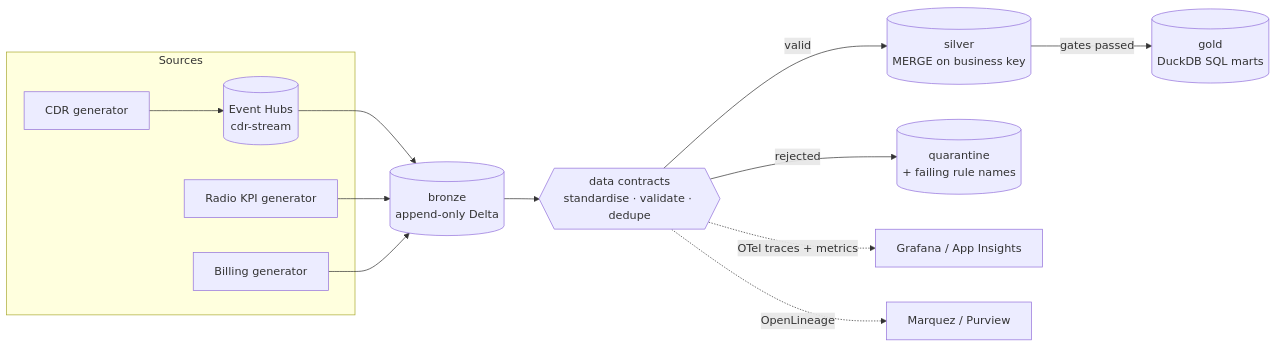
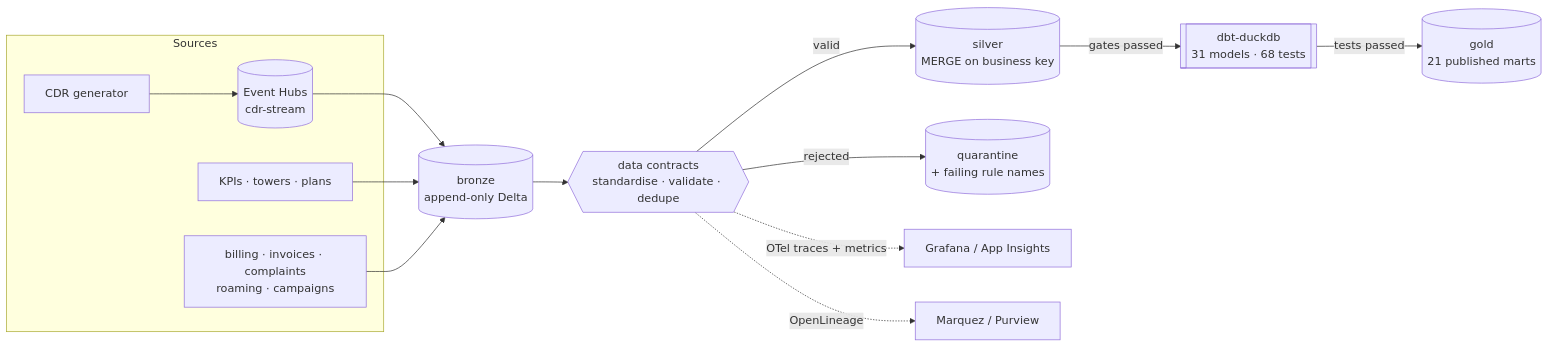
The diagram in README.md (Eng-Zakaria/Telecom-Data-Automation-Platform), drawn with Mermaid before and after one commit. The commit also changed other lines of this file and 59 other files, not shown here.

````diff
--- a/README.md
+++ b/README.md
@@ -16,17 +16,18 @@
 ```mermaid
 flowchart LR
   subgraph sources[Sources]
     g1[CDR generator] --> eh[(Event Hubs<br/>cdr-stream)]
-    g2[Radio KPI generator]
-    g3[Billing generator]
+    g2[KPIs · towers · plans]
+    g3[billing · invoices · complaints<br/>roaming · campaigns]
   end
   eh --> b[(bronze<br/>append-only Delta)]
   g2 --> b
   g3 --> b
   b --> c{{data contracts<br/>standardise · validate · dedupe}}
   c -- valid --> s[(silver<br/>MERGE on business key)]
   c -- rejected --> q[(quarantine<br/>+ failing rule names)]
-  s -- gates passed --> gold[(gold<br/>DuckDB SQL marts)]
+  s -- gates passed --> dbt[[dbt-duckdb<br/>31 models · 68 tests]]
+  dbt -- tests passed --> gold[(gold<br/>21 published marts)]
   c -. OTel traces + metrics .-> o[Grafana / App Insights]
   c -. OpenLineage .-> l[Marquez / Purview]
 ```
````
